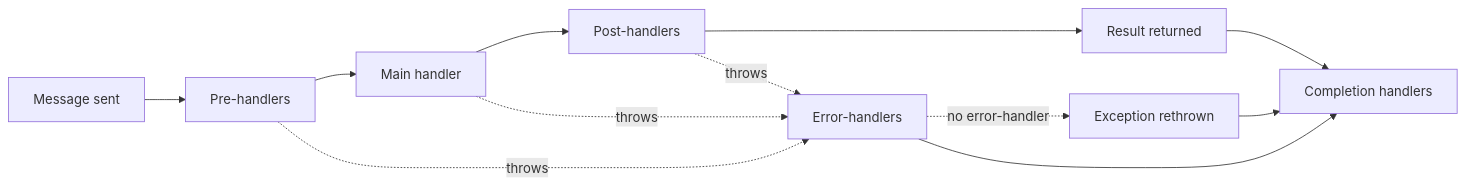
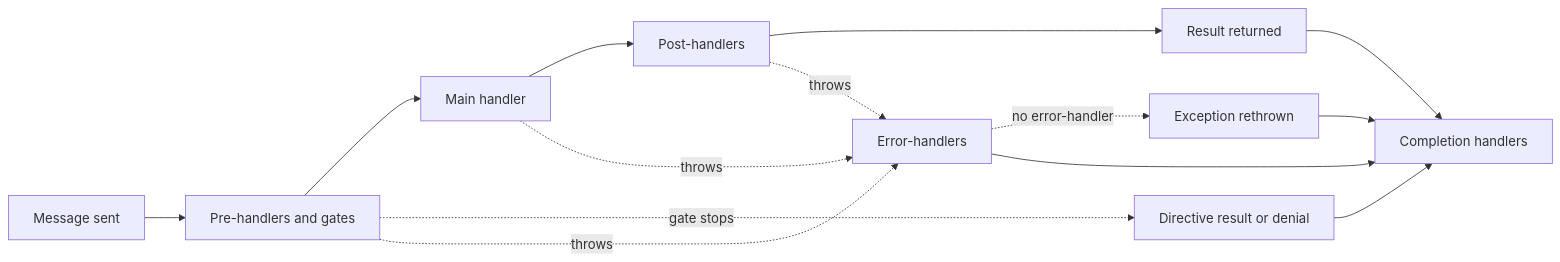
One commit to litenova/LiteBus changed the diagram in site/content/docs/concepts/handler-pipeline.md. Above: the diagram before and after it, drawn with Mermaid. The commit also changed other lines of this file and 136 other files, not shown here.

````diff
--- a/site/content/docs/concepts/handler-pipeline.md
+++ b/site/content/docs/concepts/handler-pipeline.md
@@ -17,14 +17,16 @@
 ```mermaid
 flowchart LR
-    A[Message sent] --> B[Pre-handlers]
+    A[Message sent] --> B[Pre-handlers and gates]
     B --> C[Main handler]
     C --> D[Post-handlers]
     D --> E[Result returned]
+    B -. gate stops .-> I[Directive result or denial]
     B -. throws .-> F[Error-handlers]
     C -. throws .-> F
     D -. throws .-> F
     F -. no error-handler .-> G[Exception rethrown]
     E --> H[Completion handlers]
+    I --> H
     F --> H
     G --> H
 ```
````
